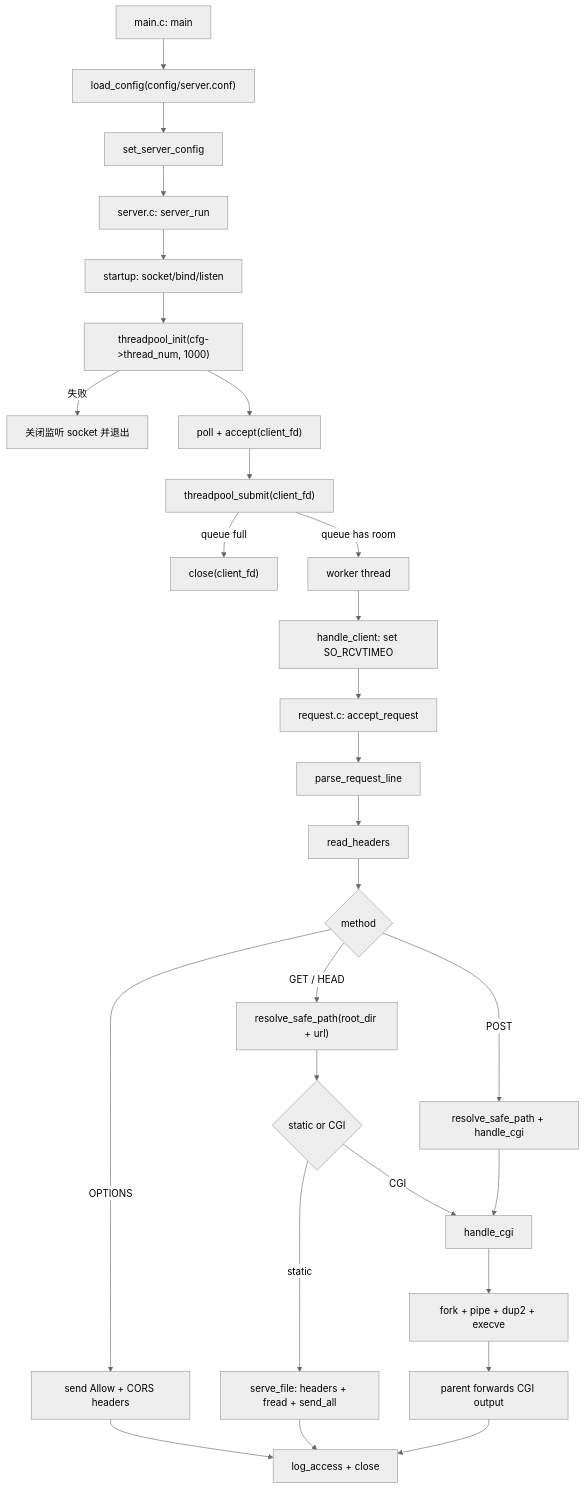
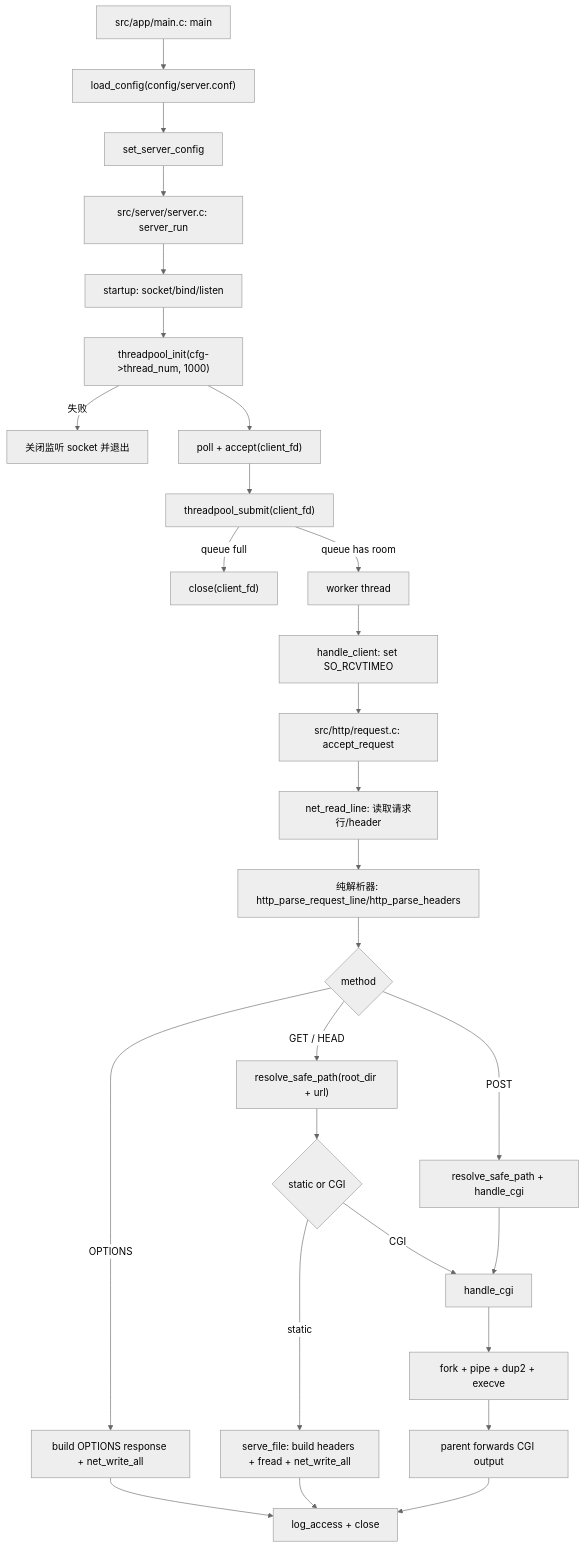
One commit to Harmonia0908/tinyhttpd-plus changed the diagram in README.md. Above: the diagram before and after it, drawn with Mermaid (neutral theme). The commit also changed other lines of this file and 53 other files, not shown here.

````diff
--- a/README.md
+++ b/README.md
@@ -139,30 +139,30 @@
 ```mermaid
 flowchart TD
-    A["main.c: main"] --> B["load_config(config/server.conf)"]
+    A["src/app/main.c: main"] --> B["load_config(config/server.conf)"]
     B --> C["set_server_config"]
-    C --> D["server.c: server_run"]
+    C --> D["src/server/server.c: server_run"]
     D --> E["startup: socket/bind/listen"]
     E --> F["threadpool_init(cfg->thread_num, 1000)"]
     F -->|失败| X["关闭监听 socket 并退出"]
     F --> G["poll + accept(client_fd)"]
     G --> H["threadpool_submit(client_fd)"]
     H -->|queue full| Z["close(client_fd)"]
     H -->|queue has room| I["worker thread"]
     I --> J["handle_client: set SO_RCVTIMEO"]
-    J --> K["request.c: accept_request"]
-    K --> L["parse_request_line"]
-    L --> M["read_headers"]
+    J --> K["src/http/request.c: accept_request"]
+    K --> L["net_read_line: 读取请求行/header"]
+    L --> M["纯解析器: http_parse_request_line/http_parse_headers"]
     M --> N{"method"}
-    N -->|OPTIONS| O["send Allow + CORS headers"]
+    N -->|OPTIONS| O["build OPTIONS response + net_write_all"]
     N -->|GET / HEAD| P["resolve_safe_path(root_dir + url)"]
     N -->|POST| Q["resolve_safe_path + handle_cgi"]
     P --> R{"static or CGI"}
-    R -->|static| S["serve_file: headers + fread + send_all"]
+    R -->|static| S["serve_file: build headers + fread + net_write_all"]
     R -->|CGI| T["handle_cgi"]
     Q --> T
     T --> U["fork + pipe + dup2 + execve"]
     U --> V["parent forwards CGI output"]
     O --> W["log_access + close"]
     S --> W
     V --> W
 ```
````
